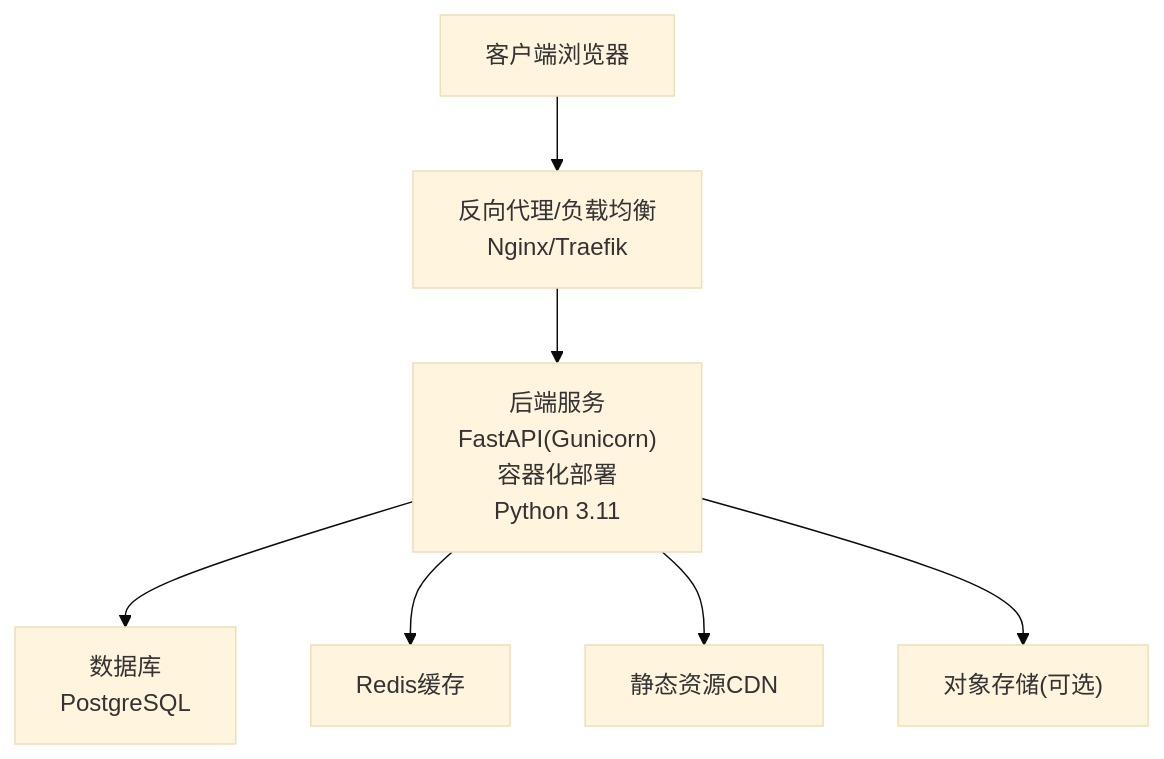
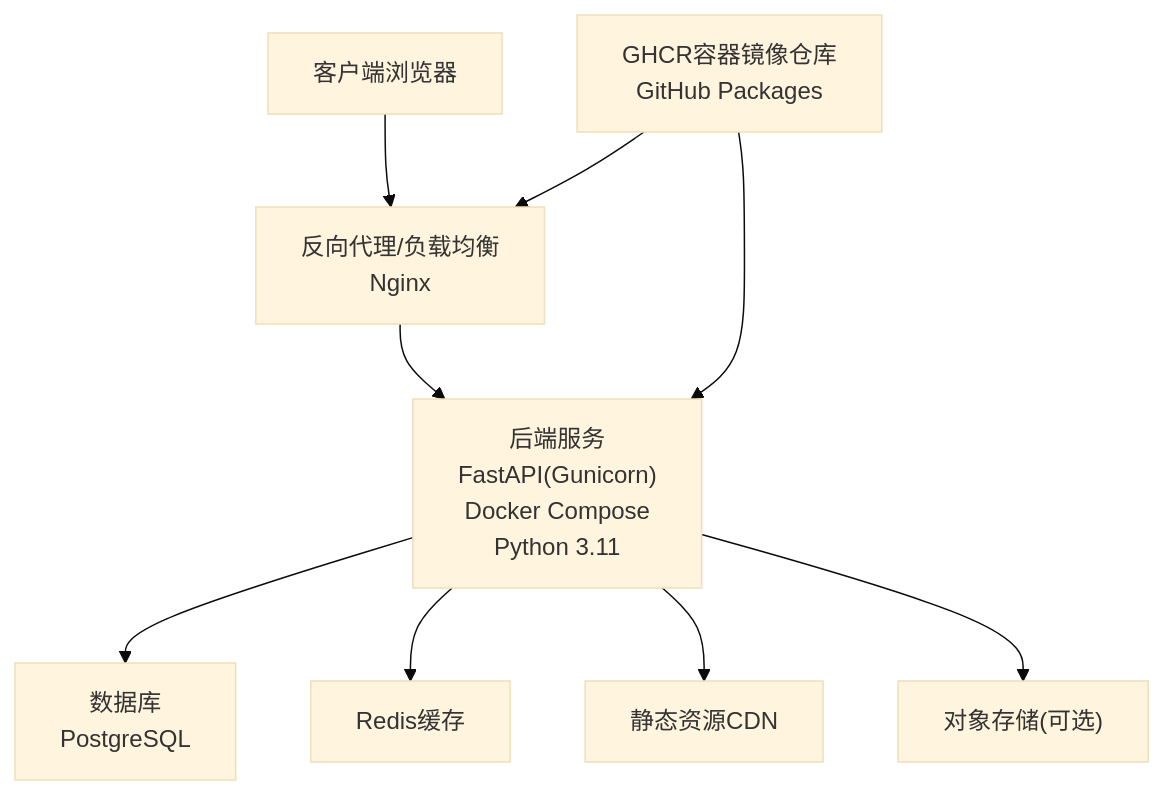
The second of 6 diagrams in .qoder/repowiki/zh/content/部署与运维/生产环境部署.md (breeze-lyf/ai-stock-advisor), drawn with Mermaid (base theme) before and after one commit. The commit also changed other lines of this file and 10 other files, not shown here.

Commit message:
docs: Update AI analysis service documentation and refine GitHub Actions deployment workflow.

````diff
--- a/.qoder/repowiki/zh/content/部署与运维/生产环境部署.md
+++ b/.qoder/repowiki/zh/content/部署与运维/生产环境部署.md
@@ -171,16 +193,19 @@
 ```mermaid
 graph TB
 Client["客户端浏览器"]
-LB["反向代理/负载均衡<br/>Nginx/Traefik"]
-API["后端服务<br/>FastAPI(Gunicorn)<br/>容器化部署<br/>Python 3.11"]
+GHCR["GHCR容器镜像仓库<br/>GitHub Packages"]
+LB["反向代理/负载均衡<br/>Nginx"]
+API["后端服务<br/>FastAPI(Gunicorn)<br/>Docker Compose<br/>Python 3.11"]
 DB["数据库<br/>PostgreSQL"]
 REDIS["Redis缓存"]
 CDN["静态资源CDN"]
 MinIO["对象存储(可选)"]
 Client --> LB
 LB --> API
 API --> DB
 API --> REDIS
 API --> CDN
 API --> MinIO
+GHCR --> LB
+GHCR --> API
 ```
````
